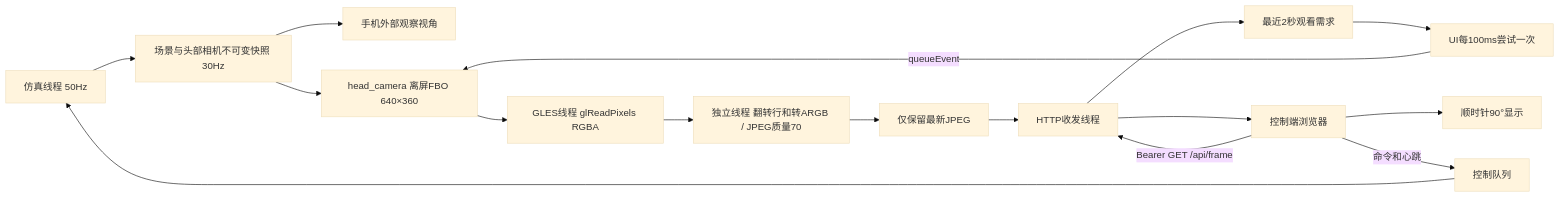
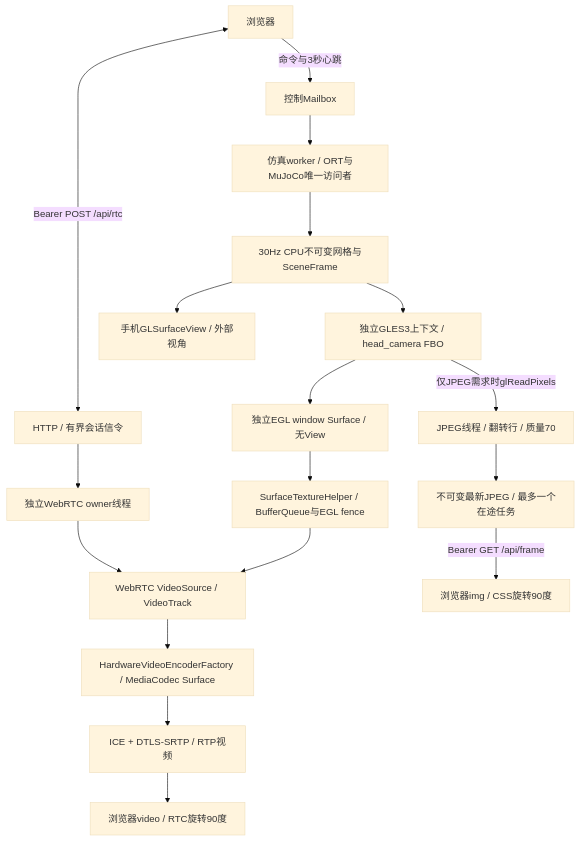
One commit to luoyanfeidao/microduck_android changed the diagram in VIDEO.md. Above: the diagram before and after it, drawn with Mermaid (base theme). The commit also changed other lines of this file and 28 other files, not shown here.

Commit message:
Add independent head-camera Surface and hardware WebRTC video

````diff
--- a/VIDEO.md
+++ b/VIDEO.md
@@ -39,18 +20,20 @@
 ```mermaid
-flowchart LR
-  Worker[仿真线程 50Hz] --> Packet[场景与头部相机不可变快照 30Hz]
-  Packet --> Orbit[手机外部观察视角]
-  Packet --> Camera[head_camera 离屏FBO 640×360]
-  Browser[控制端浏览器] -->|Bearer GET /api/frame| HTTP[HTTP收发线程]
-  HTTP --> Demand[最近2秒观看需求]
-  Demand --> UI[UI每100ms尝试一次]
-  UI -->|queueEvent| Camera
-  Camera --> Readback[GLES线程 glReadPixels RGBA]
-  Readback --> Encoder[独立线程 翻转行和转ARGB / JPEG质量70]
-  Encoder --> Latest[仅保留最新JPEG]
-  Latest --> HTTP
-  HTTP --> Browser
-  Browser --> Upright[顺时针90°显示]
-  Browser -->|命令和心跳| Mailbox[控制队列]
+flowchart TD
+  Worker[仿真worker / ORT与MuJoCo唯一访问者] --> Snapshot[30Hz CPU不可变网格与SceneFrame]
+  Snapshot --> Preview[手机GLSurfaceView / 外部视角]
+  Snapshot --> Sensor[独立GLES3上下文 / head_camera FBO]
+  Sensor --> Surface[独立EGL window Surface / 无View]
+  Surface --> Helper[SurfaceTextureHelper / BufferQueue与EGL fence]
+  Helper --> Track[WebRTC VideoSource / VideoTrack]
+  Track --> HW[HardwareVideoEncoderFactory / MediaCodec Surface]
+  HW --> Media[ICE + DTLS-SRTP / RTP视频]
+  Media --> Video[浏览器video / RTC旋转90度]
+  Sensor -->|仅JPEG需求时glReadPixels| JPEG[JPEG线程 / 翻转行 / 质量70]
+  JPEG --> Cache[不可变最新JPEG / 最多一个在途任务]
+  Cache -->|Bearer GET /api/frame| Image[浏览器img / CSS旋转90度]
+  Browser[浏览器] <-->|Bearer POST /api/rtc| Signal[HTTP / 有界会话信令]
+  Signal --> RTC[独立WebRTC owner线程]
+  RTC --> Track
+  Browser -->|命令与3秒心跳| Mailbox[控制Mailbox]
   Mailbox --> Worker
 ```
````
